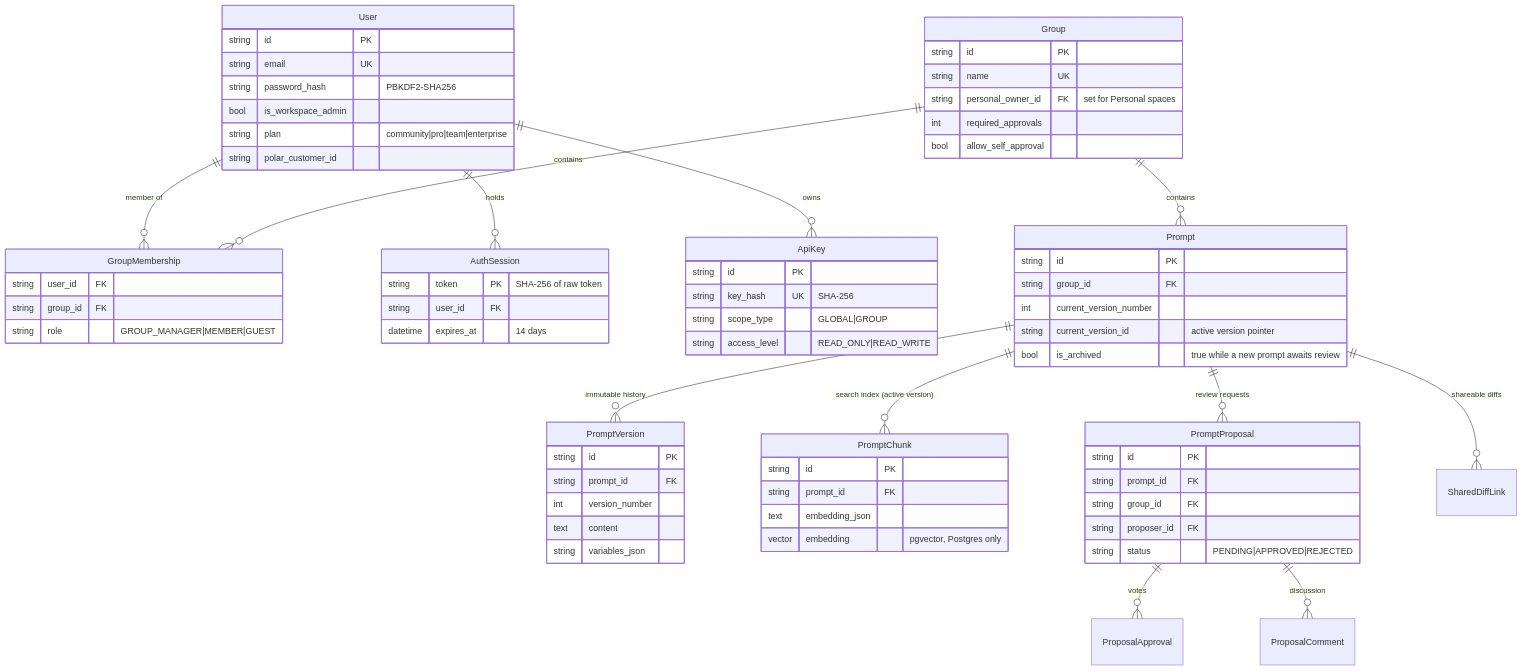
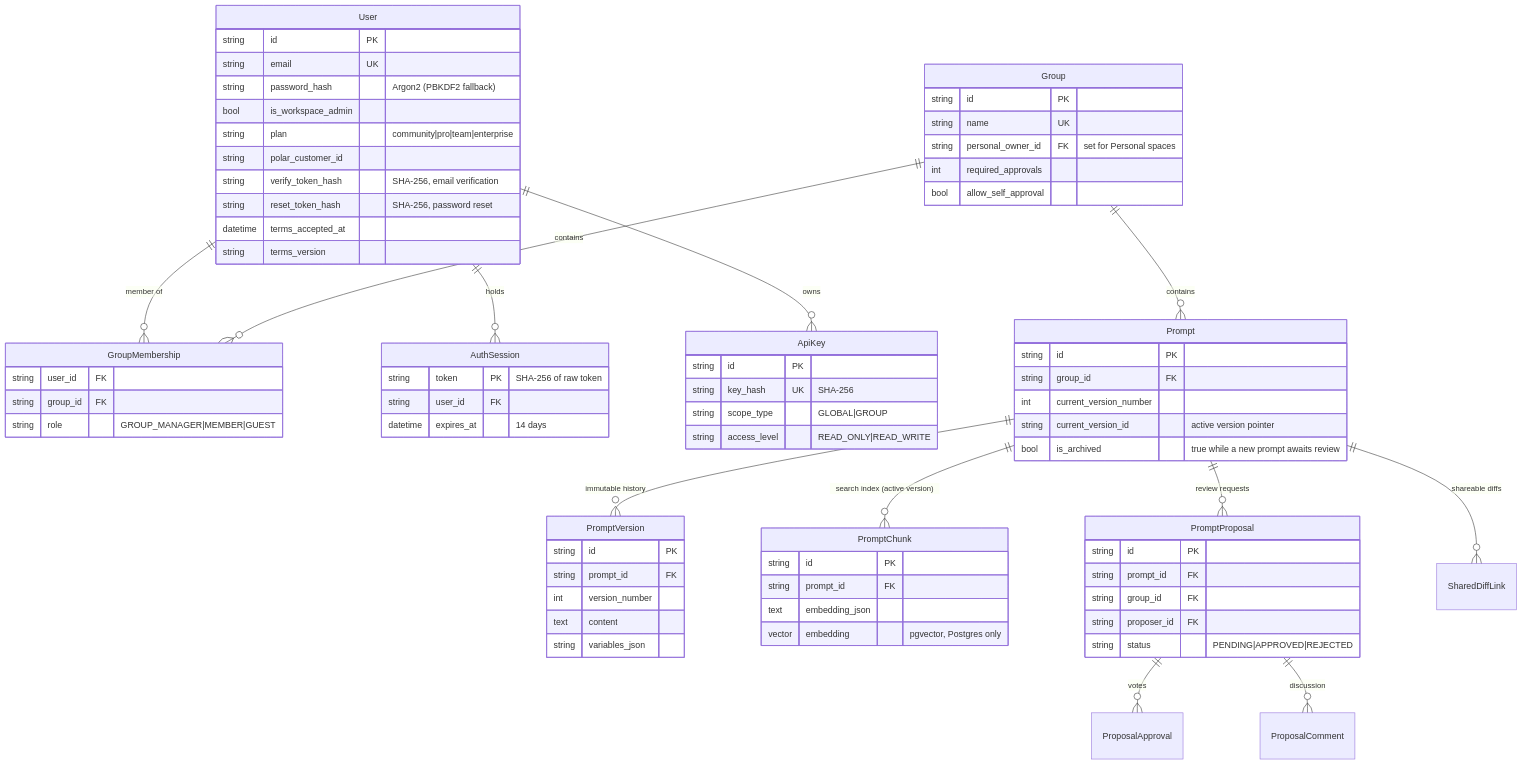
Before and after one commit to TashfikS/prompt-vault-mcp: the fourth of 4 diagrams in ARCHITECTURE.md, drawn with Mermaid. The commit also changed other lines of this file and 17 other files, not shown here.

````diff
--- a/ARCHITECTURE.md
+++ b/ARCHITECTURE.md
@@ -176,73 +179,77 @@
 ```mermaid
 erDiagram
     User ||--o{ GroupMembership : "member of"
     User ||--o{ AuthSession : holds
     User ||--o{ ApiKey : owns
     Group ||--o{ GroupMembership : contains
     Group ||--o{ Prompt : contains
     Prompt ||--o{ PromptVersion : "immutable history"
     Prompt ||--o{ PromptChunk : "search index (active version)"
     Prompt ||--o{ PromptProposal : "review requests"
     Prompt ||--o{ SharedDiffLink : "shareable diffs"
     PromptProposal ||--o{ ProposalApproval : votes
     PromptProposal ||--o{ ProposalComment : discussion
 
     User {
         string id PK
         string email UK
-        string password_hash "PBKDF2-SHA256"
+        string password_hash "Argon2 (PBKDF2 fallback)"
         bool is_workspace_admin
         string plan "community|pro|team|enterprise"
         string polar_customer_id
+        string verify_token_hash "SHA-256, email verification"
+        string reset_token_hash "SHA-256, password reset"
+        datetime terms_accepted_at
+        string terms_version
     }
     Group {
         string id PK
         string name UK
         string personal_owner_id FK "set for Personal spaces"
         int required_approvals
         bool allow_self_approval
     }
     GroupMembership {
         string user_id FK
         string group_id FK
         string role "GROUP_MANAGER|MEMBER|GUEST"
     }
     Prompt {
         string id PK
         string group_id FK
         int current_version_number
         string current_version_id "active version pointer"
         bool is_archived "true while a new prompt awaits review"
     }
     PromptVersion {
         string id PK
         string prompt_id FK
         int version_number
         text content
         string variables_json
     }
     PromptChunk {
         string id PK
         string prompt_id FK
         text embedding_json
         vector embedding "pgvector, Postgres only"
     }
     PromptProposal {
         string id PK
         string prompt_id FK
         string group_id FK
         string proposer_id FK
         string status "PENDING|APPROVED|REJECTED"
     }
     AuthSession {
         string token PK "SHA-256 of raw token"
         string user_id FK
         datetime expires_at "14 days"
     }
     ApiKey {
         string id PK
         string key_hash UK "SHA-256"
         string scope_type "GLOBAL|GROUP"
         string access_level "READ_ONLY|READ_WRITE"
     }
 ```
````
